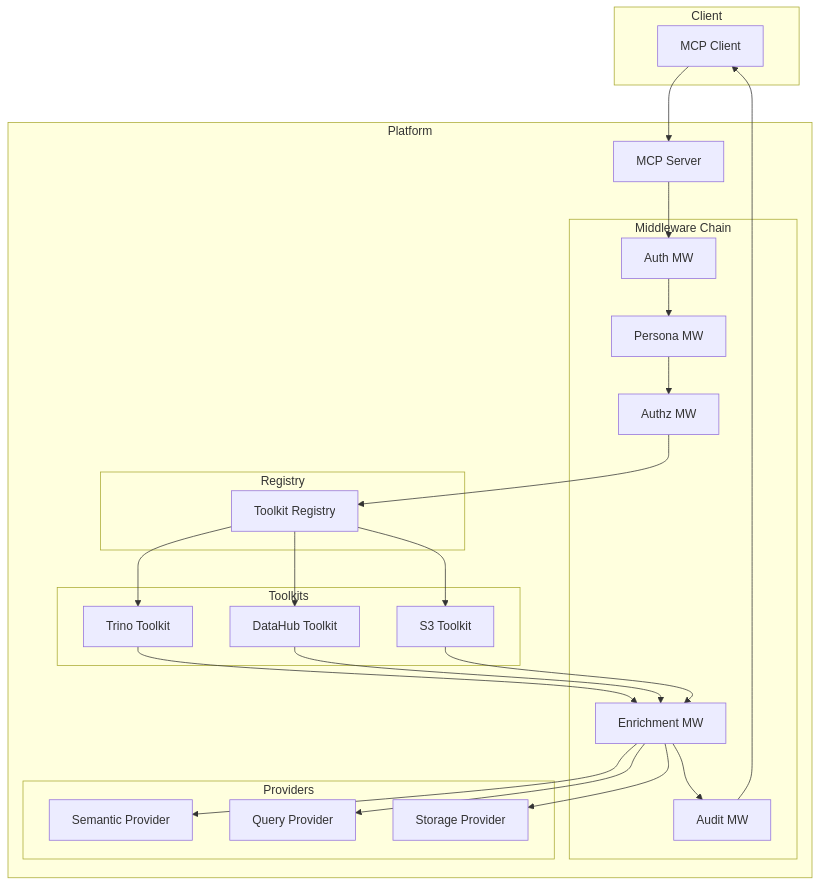
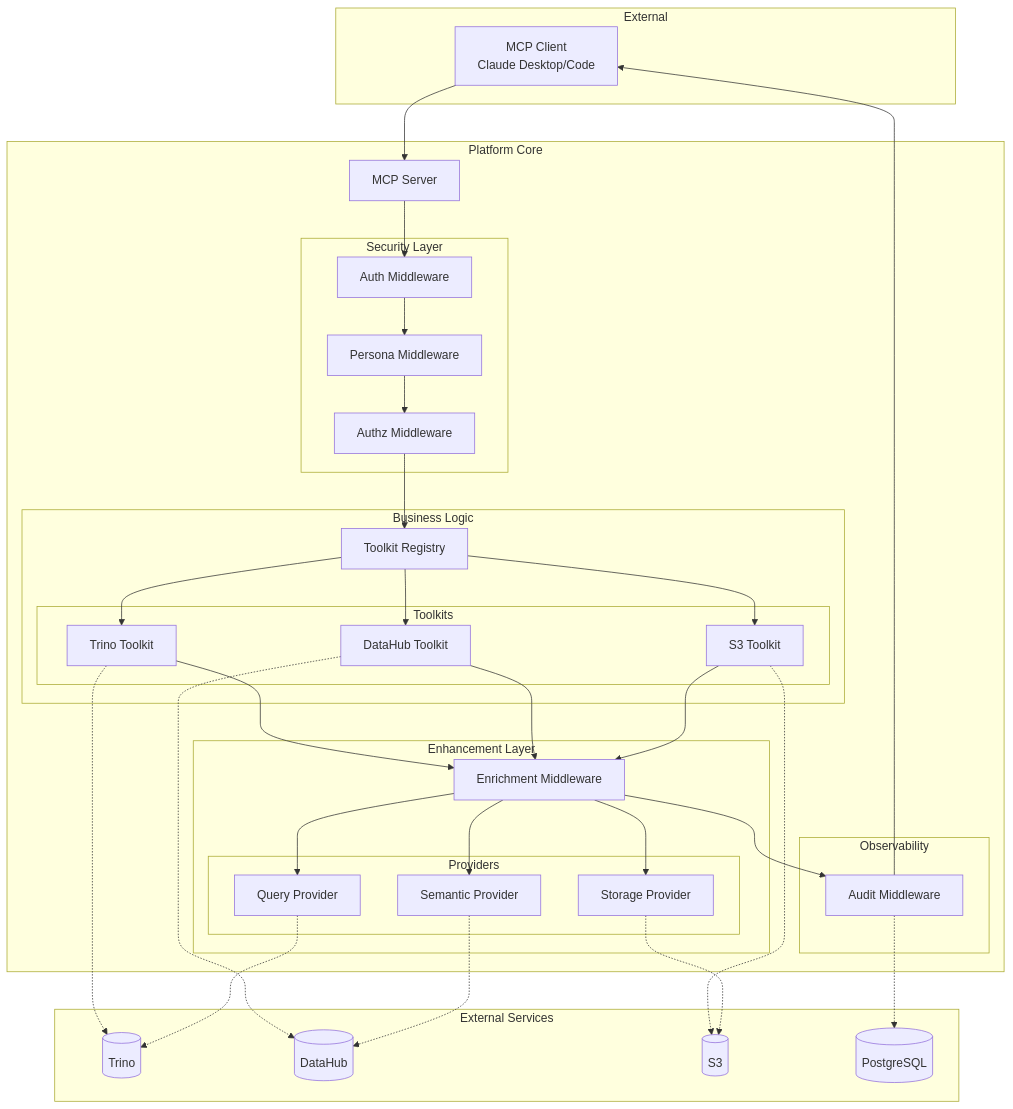
The first of 5 diagrams in docs/library/architecture.md (txn2/mcp-data-platform), drawn with Mermaid before and after one commit. The commit also changed other lines of this file, not shown here.

Commit message:
Revamp architecture documentation with expanded design principles, detailed middleware chain workflows, enriched mermaid diagrams, and enhanced provider/toolkit integration examples.

````diff
--- a/docs/library/architecture.md
+++ b/docs/library/architecture.md
@@ -7,51 +25,70 @@
 ```mermaid
 graph TB
-    subgraph Client
-        MCP[MCP Client]
+    subgraph "External"
+        MCP[MCP Client<br/>Claude Desktop/Code]
     end
 
-    subgraph Platform
+    subgraph "Platform Core"
         Server[MCP Server]
 
-        subgraph Middleware Chain
-            Auth[Auth MW]
-            Persona[Persona MW]
-            Authz[Authz MW]
-            Enrichment[Enrichment MW]
-            Audit[Audit MW]
+        subgraph "Security Layer"
+            Auth[Auth Middleware]
+            Persona[Persona Middleware]
+            Authz[Authz Middleware]
         end
 
-        subgraph Registry
+        subgraph "Business Logic"
             TR[Toolkit Registry]
+            subgraph Toolkits
+                Trino[Trino Toolkit]
+                DataHub[DataHub Toolkit]
+                S3[S3 Toolkit]
+            end
         end
 
-        subgraph Toolkits
-            Trino[Trino Toolkit]
-            DataHub[DataHub Toolkit]
-            S3[S3 Toolkit]
+        subgraph "Enhancement Layer"
+            Enrichment[Enrichment Middleware]
+            subgraph Providers
+                Semantic[Semantic Provider]
+                Query[Query Provider]
+                Storage[Storage Provider]
+            end
         end
 
-        subgraph Providers
-            Semantic[Semantic Provider]
-            Query[Query Provider]
-            Storage[Storage Provider]
+        subgraph "Observability"
+            Audit[Audit Middleware]
         end
+    end
+
+    subgraph "External Services"
+        TrinoSvc[(Trino)]
+        DataHubSvc[(DataHub)]
+        S3Svc[(S3)]
+        DB[(PostgreSQL)]
     end
 
     MCP --> Server
     Server --> Auth
     Auth --> Persona
     Persona --> Authz
     Authz --> TR
     TR --> Trino
     TR --> DataHub
     TR --> S3
     Trino --> Enrichment
     DataHub --> Enrichment
     S3 --> Enrichment
     Enrichment --> Semantic
     Enrichment --> Query
     Enrichment --> Storage
     Enrichment --> Audit
     Audit --> MCP
+
+    Trino -.-> TrinoSvc
+    DataHub -.-> DataHubSvc
+    S3 -.-> S3Svc
+    Semantic -.-> DataHubSvc
+    Query -.-> TrinoSvc
+    Storage -.-> S3Svc
+    Audit -.-> DB
 ```
````
